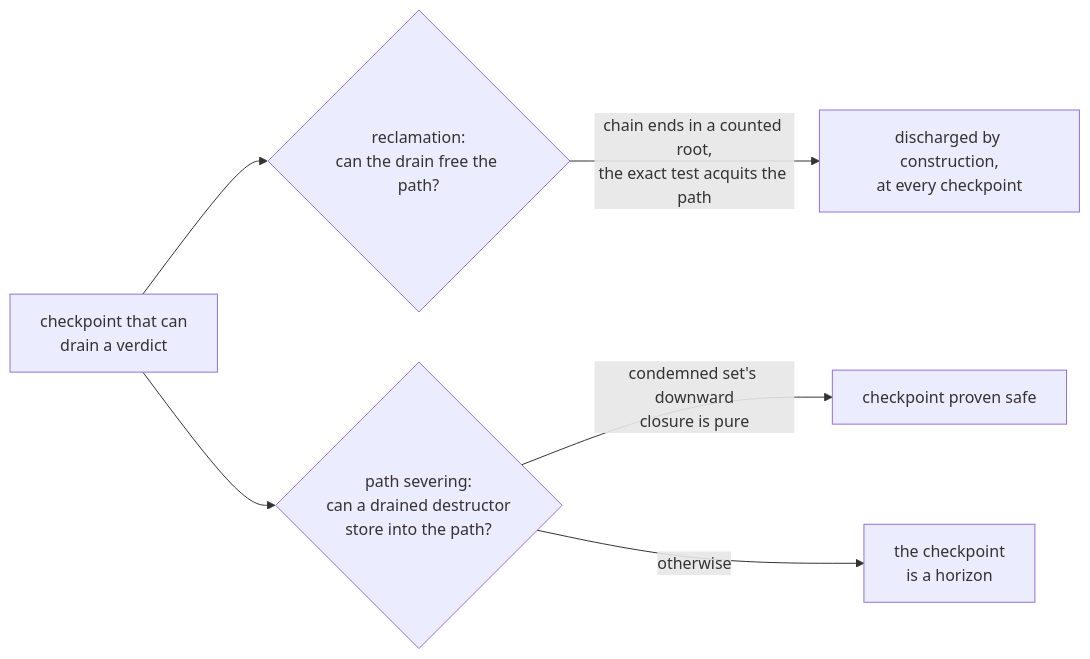
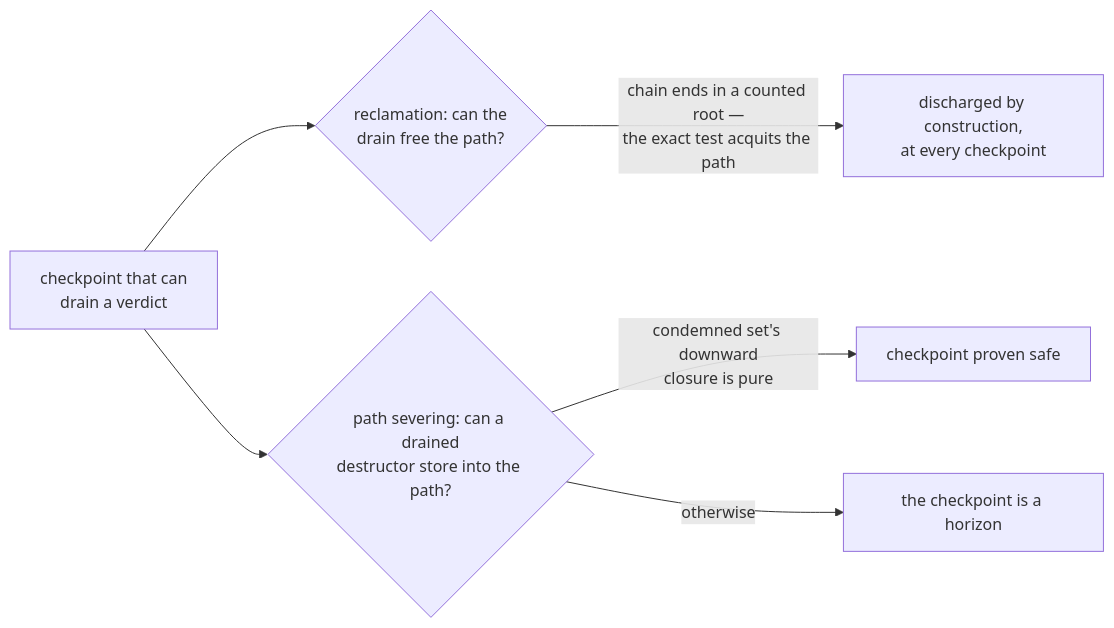
One commit to limelight-lang/model changed the third of 3 diagrams in dev/design/proof-horizon-lowering.md. Above: the diagram before and after it, drawn with Mermaid. The commit also changed other lines of this file and 1 other file, not shown here.

First line of the commit message:
dev: fix mermaid labels in the proof-horizon reading aids

````diff
--- a/dev/design/proof-horizon-lowering.md
+++ b/dev/design/proof-horizon-lowering.md
@@ -98,16 +90,8 @@
 ```mermaid
 flowchart LR
-    CP[checkpoint that can
-drain a verdict] --> R{reclamation:
-can the drain free the path?}
-    R -->|chain ends in a counted root,
-the exact test acquits the path| OK1[discharged by construction,
-at every checkpoint]
-    CP --> S{path severing:
-can a drained destructor
-store into the path?}
-    S -->|condemned set's downward
-closure is pure| OK2[checkpoint proven safe]
-    S -->|otherwise| H[the checkpoint
-is a horizon]
+    CP["checkpoint that can<br/>drain a verdict"] --> R{"reclamation: can the<br/>drain free the path?"}
+    R -->|"chain ends in a counted root —<br/>the exact test acquits the path"| OK1["discharged by construction,<br/>at every checkpoint"]
+    CP --> S{"path severing: can a drained<br/>destructor store into the path?"}
+    S -->|"condemned set's downward<br/>closure is pure"| OK2["checkpoint proven safe"]
+    S -->|otherwise| H["the checkpoint is a horizon"]
 ```
````
